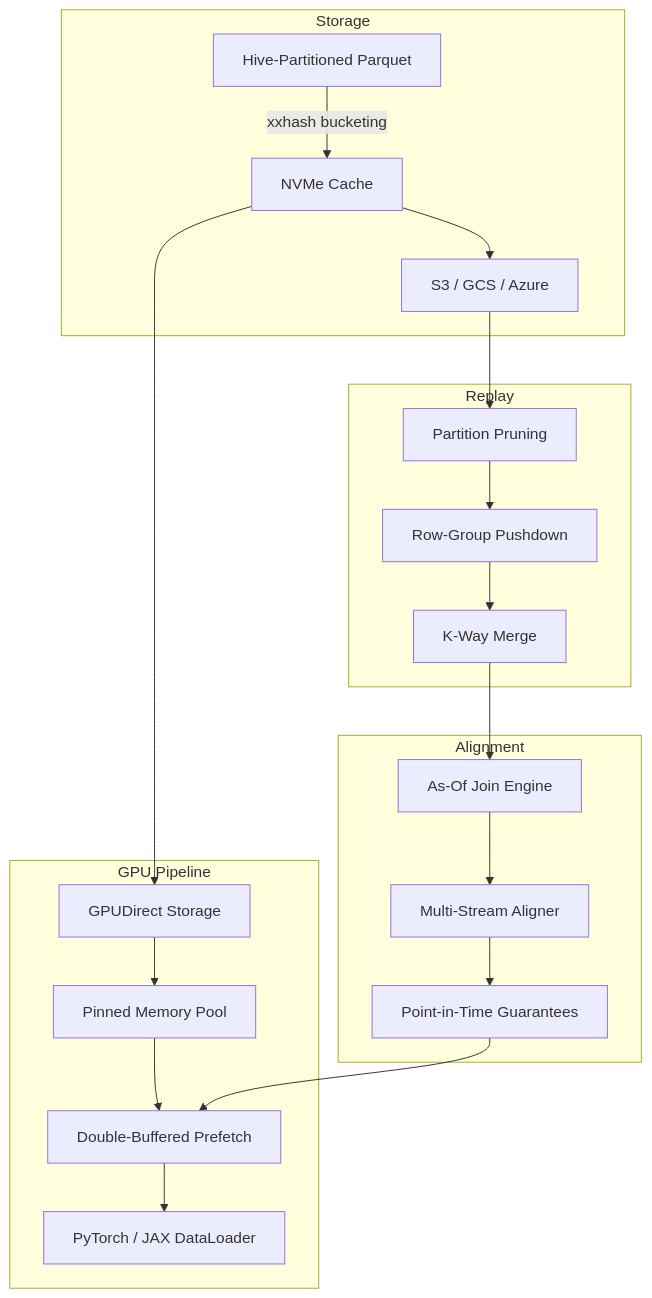
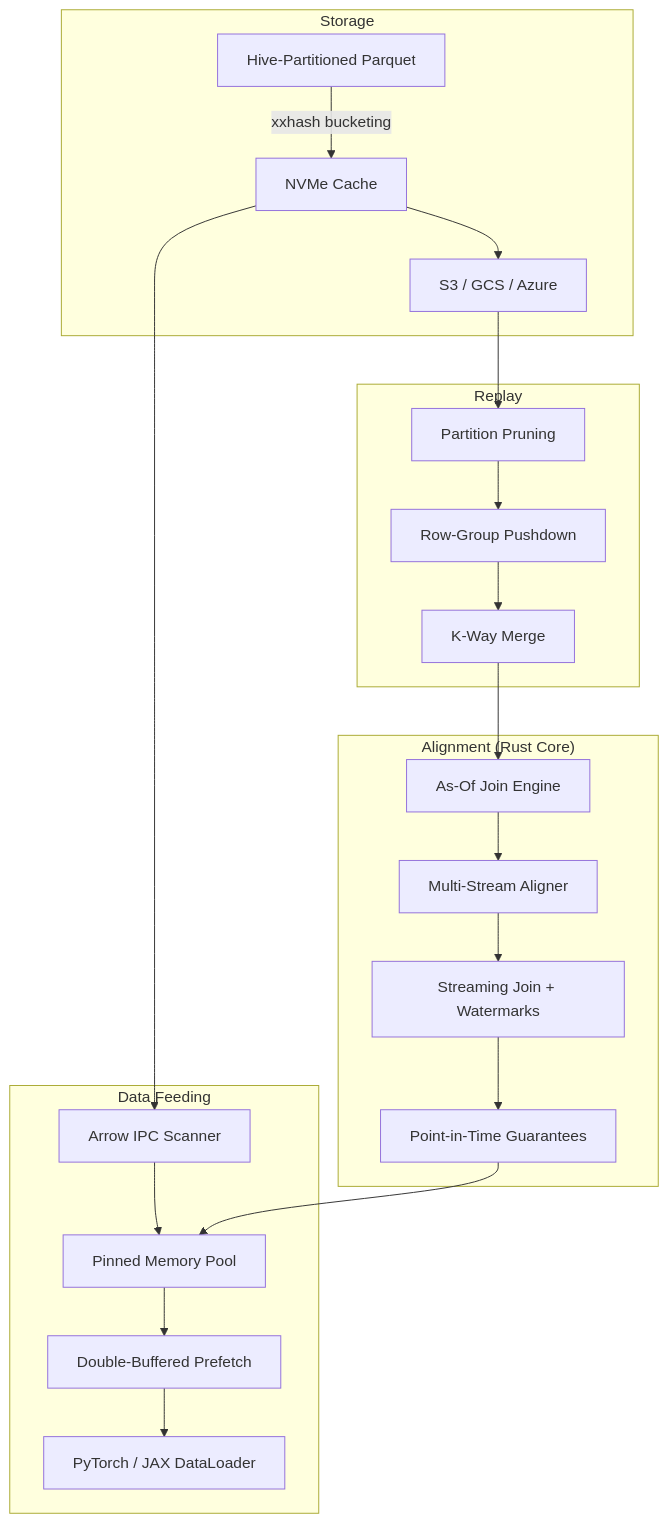
Before and after one commit to RyanJHamby/FlowState: the diagram in README.md, drawn with Mermaid. The commit also changed other lines of this file and 10005 other files, not shown here.

Commit message:
Add core as-of join logic

````diff
--- a/README.md
+++ b/README.md
@@ -31,28 +31,29 @@
 ```mermaid
 graph TD
     subgraph Storage
         A[Hive-Partitioned Parquet] -->|xxhash bucketing| B[NVMe Cache]
         B --> C[S3 / GCS / Azure]
     end
 
     subgraph Replay
         D[Partition Pruning] --> E[Row-Group Pushdown]
         E --> F[K-Way Merge]
     end
 
-    subgraph Alignment
+    subgraph "Alignment (Rust Core)"
         G[As-Of Join Engine] --> H[Multi-Stream Aligner]
-        H --> I[Point-in-Time Guarantees]
+        H --> I[Streaming Join + Watermarks]
+        I --> J[Point-in-Time Guarantees]
     end
 
-    subgraph GPU Pipeline
-        J[GPUDirect Storage] --> K[Pinned Memory Pool]
-        K --> L[Double-Buffered Prefetch]
-        L --> M[PyTorch / JAX DataLoader]
+    subgraph Data Feeding
+        K[Arrow IPC Scanner] --> L[Pinned Memory Pool]
+        L --> M[Double-Buffered Prefetch]
+        M --> N[PyTorch / JAX DataLoader]
     end
 
     C --> D
-    B --> J
+    B --> K
     F --> G
-    I --> L
+    J --> L
 ```
````
